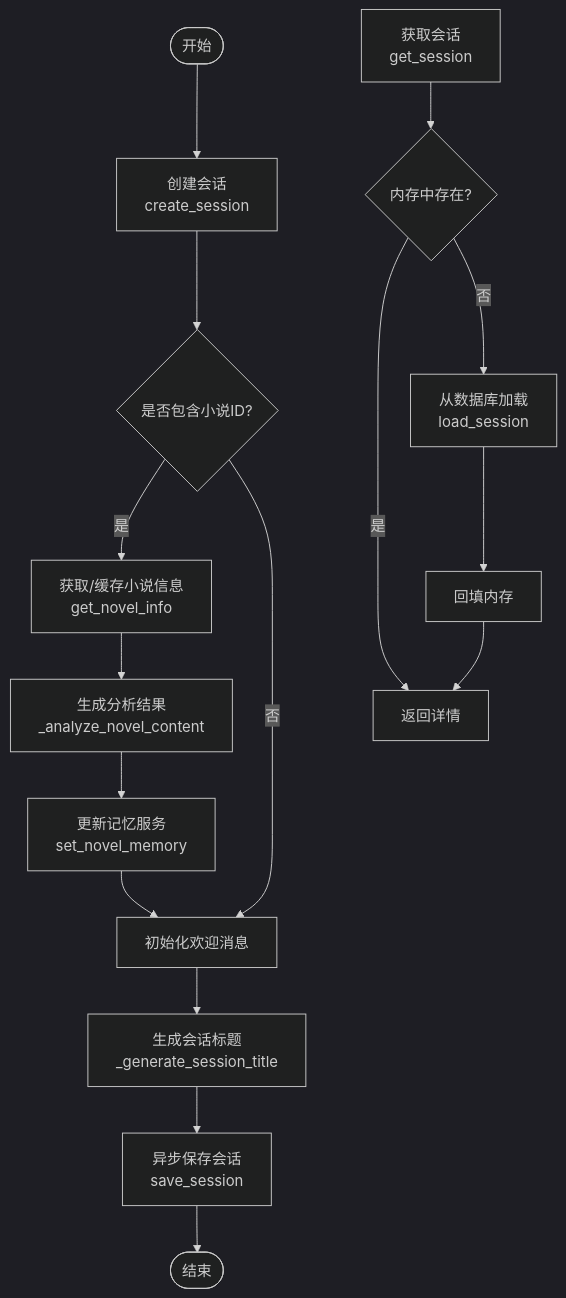
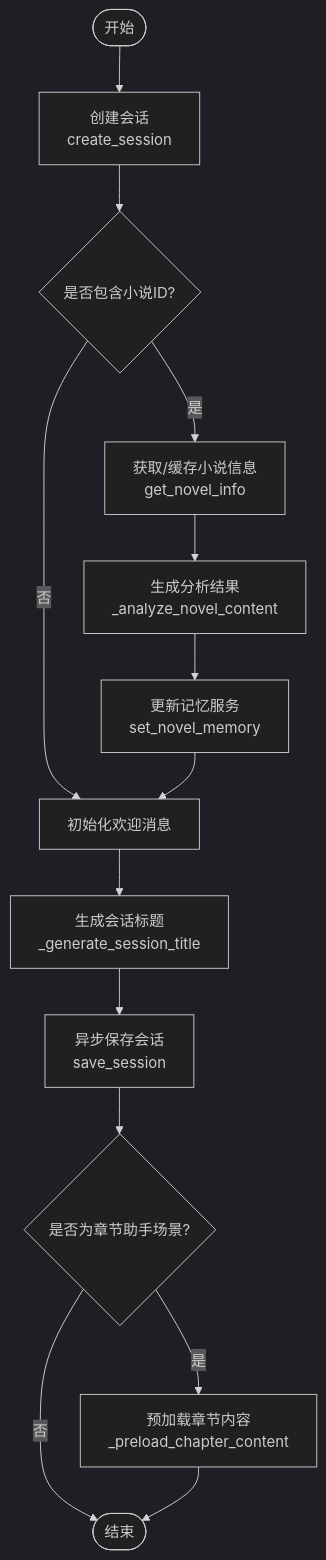
The third of 14 diagrams in .qoder/repowiki/zh/content/API接口文档/AI聊天API.md (xfbyxq/ai-novel-system), drawn with Mermaid (dark theme) before and after one commit. The commit also changed other lines of this file and 13 other files, not shown here.

````diff
--- a/.qoder/repowiki/zh/content/API接口文档/AI聊天API.md
+++ b/.qoder/repowiki/zh/content/API接口文档/AI聊天API.md
@@ -209,18 +209,16 @@
 ```mermaid
 flowchart TD
 Start(["开始"]) --> Create["创建会话<br/>create_session"]
 Create --> LoadNovel{"是否包含小说ID?"}
 LoadNovel --> |是| GetInfo["获取/缓存小说信息<br/>get_novel_info"]
 GetInfo --> Analyze["生成分析结果<br/>_analyze_novel_content"]
 Analyze --> SaveMem["更新记忆服务<br/>set_novel_memory"]
 LoadNovel --> |否| InitWelcome["初始化欢迎消息"]
 SaveMem --> InitWelcome
 InitWelcome --> GenerateTitle["生成会话标题<br/>_generate_session_title"]
 GenerateTitle --> Persist["异步保存会话<br/>save_session"]
-Persist --> Done(["结束"])
-Get["获取会话<br/>get_session"] --> InMem{"内存中存在?"}
-InMem --> |是| Return["返回详情"]
-InMem --> |否| LoadDB["从数据库加载<br/>load_session"]
-LoadDB --> FillMem["回填内存"]
-FillMem --> Return
+Persist --> ChapterAssistant{"是否为章节助手场景?"}
+ChapterAssistant --> |是| PreloadChapter["预加载章节内容<br/>_preload_chapter_content"]
+ChapterAssistant --> |否| Done(["结束"])
+PreloadChapter --> Done
 ```
````
